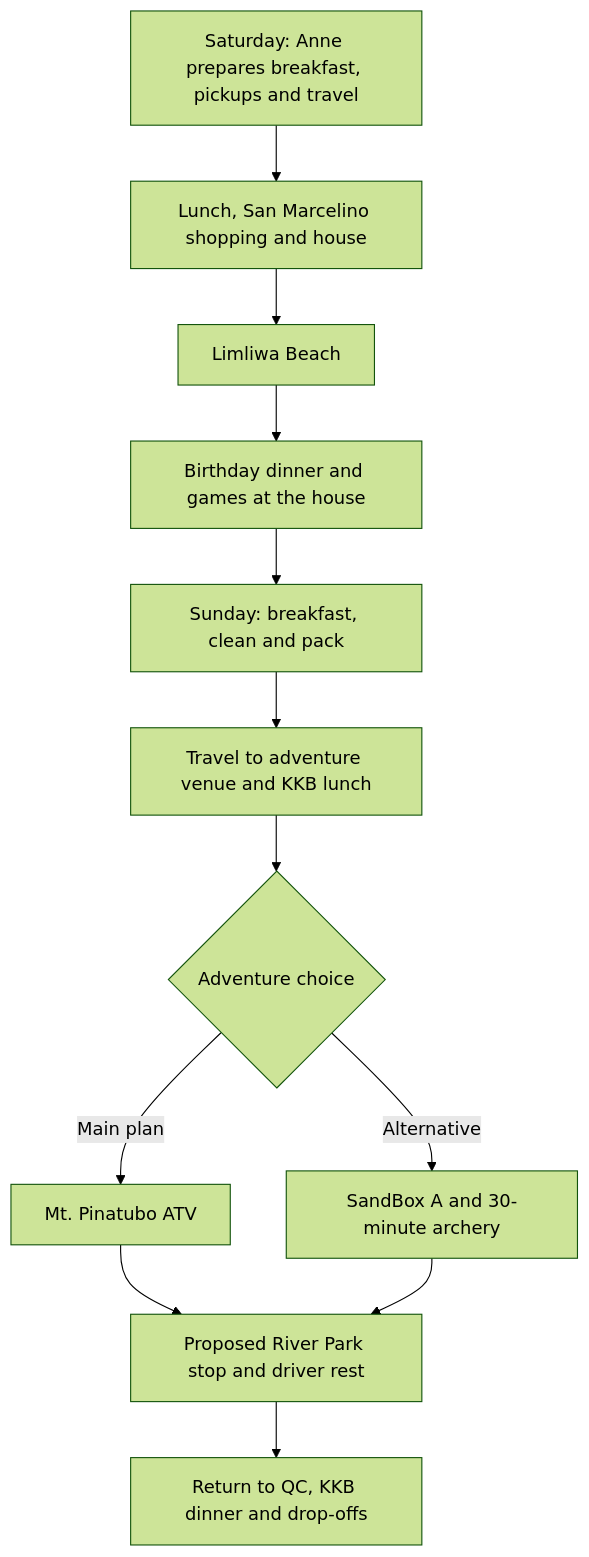
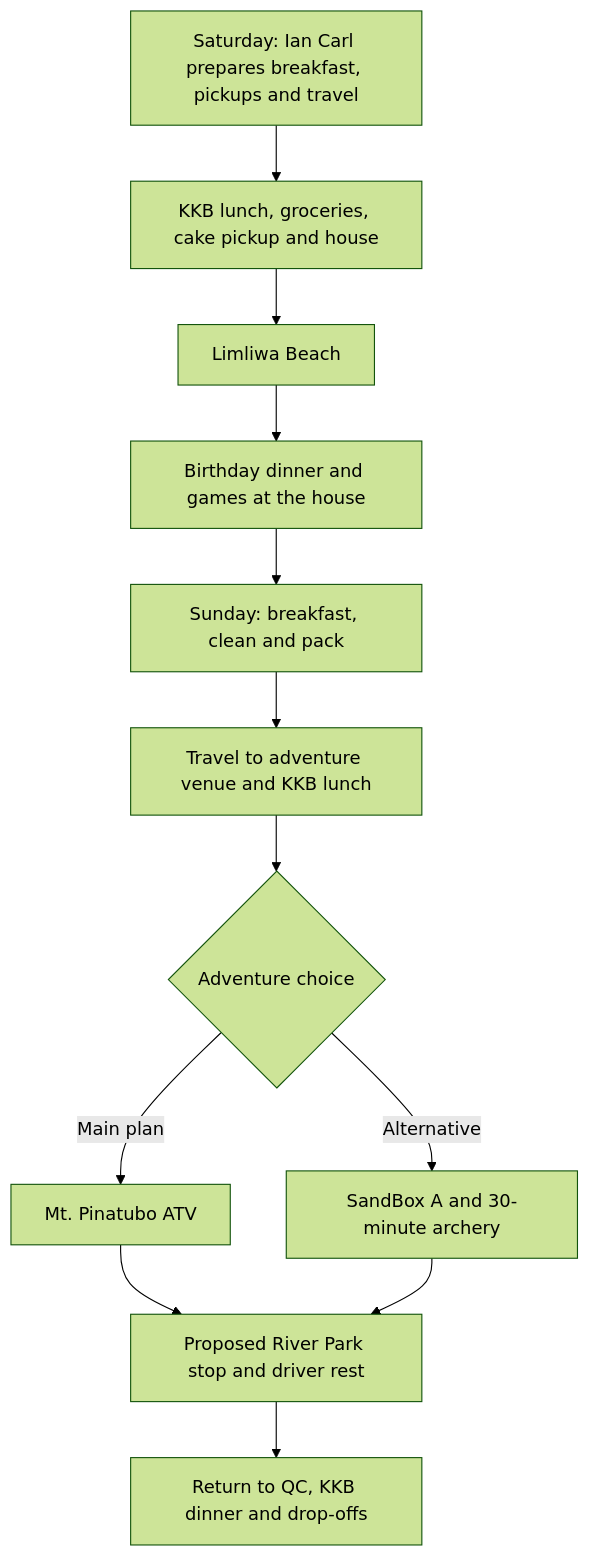
Before and after one commit to itsmcliam/Birthday-Plan: the diagram in assets/trip-flow.mmd, drawn with Mermaid (forest theme). The commit also changed 4 other files, not shown here.

Commit message:
Assign Ian Carl Saturday breakfast and add cake pickup, lunch options and park details

```diff
--- a/assets/trip-flow.mmd
+++ b/assets/trip-flow.mmd
@@ -1,12 +1,12 @@
 flowchart TD
-    A["Saturday: Anne prepares breakfast, pickups and travel"] --> B["Lunch, San Marcelino shopping and house"]
+    A["Saturday: Ian Carl prepares breakfast, pickups and travel"] --> B["KKB lunch, groceries, cake pickup and house"]
     B --> C["Limliwa Beach"]
     C --> D["Birthday dinner and games at the house"]
     D --> E["Sunday: breakfast, clean and pack"]
     E --> F["Travel to adventure venue and KKB lunch"]
     F --> G{"Adventure choice"}
     G -->|"Main plan"| H["Mt. Pinatubo ATV"]
     G -->|"Alternative"| I["SandBox A and 30-minute archery"]
     H --> J["Proposed River Park stop and driver rest"]
     I --> J
     J --> K["Return to QC, KKB dinner and drop-offs"]
```
